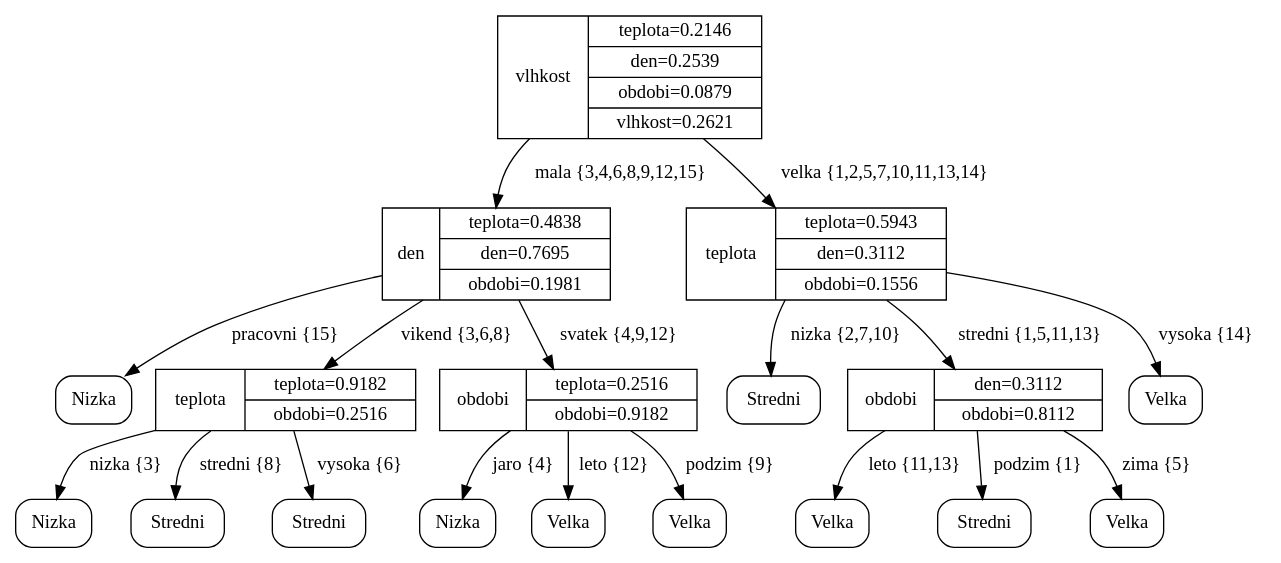
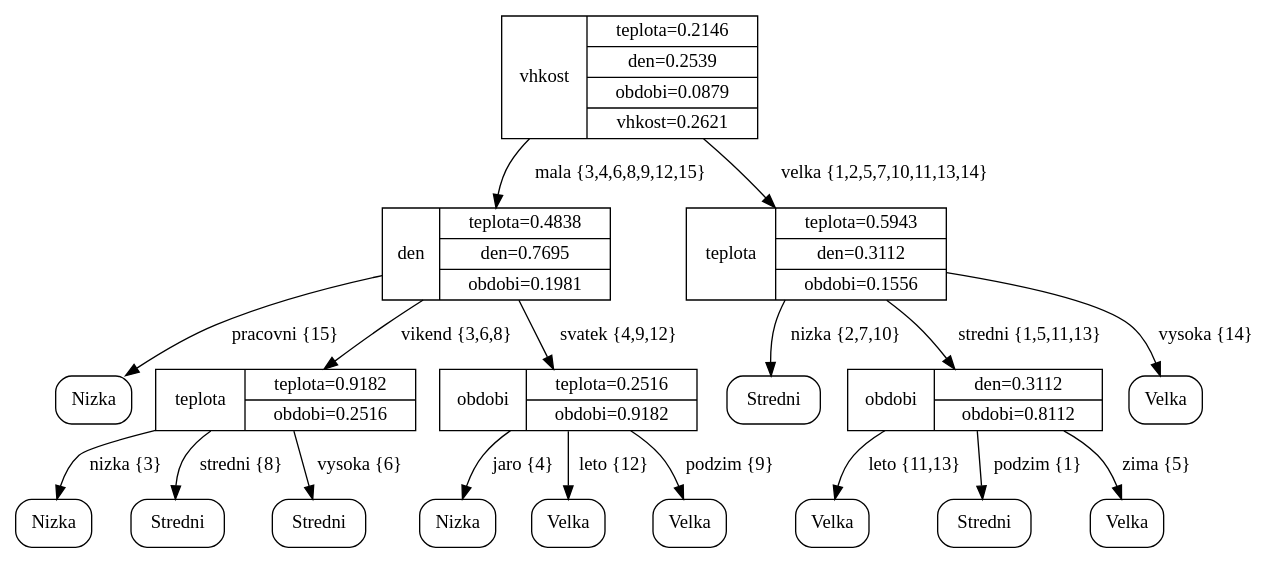
Before and after one commit to GargiMan/izu: the diagram in proj3/xgerge01.dot, drawn with Graphviz. The commit also changed 1 other file, not shown here.

```diff
--- a/proj3/xgerge01.dot
+++ b/proj3/xgerge01.dot
@@ -1,37 +1,37 @@
 digraph {
-    vlhkost1 [shape=record, label="vlhkost|{teplota=0.2146|den=0.2539|obdobi=0.0879|vlhkost=0.2621}"]
-    vlhkost1 -> den2 [label="mala {3,4,6,8,9,12,15}"]
+    vhkost1 [shape=record, label="vhkost|{teplota=0.2146|den=0.2539|obdobi=0.0879|vhkost=0.2621}"]
+    vhkost1 -> den2 [label="mala {3,4,6,8,9,12,15}"]
     den2 [shape=record, label="den|{teplota=0.4838|den=0.7695|obdobi=0.1981}"]
     den2 -> Nizka3 [label="pracovni {15}"]
     Nizka3 [shape=box, style=rounded, label="Nizka"]
     den2 -> teplota4 [label="vikend {3,6,8}"]
     teplota4 [shape=record, label="teplota|{teplota=0.9182|obdobi=0.2516}"]
     teplota4 -> Nizka5 [label="nizka {3}"]
     Nizka5 [shape=box, style=rounded, label="Nizka"]
     teplota4 -> Stredni6 [label="stredni {8}"]
     Stredni6 [shape=box, style=rounded, label="Stredni"]
     teplota4 -> Stredni7 [label="vysoka {6}"]
     Stredni7 [shape=box, style=rounded, label="Stredni"]
     den2 -> obdobi8 [label="svatek {4,9,12}"]
     obdobi8 [shape=record, label="obdobi|{teplota=0.2516|obdobi=0.9182}"]
     obdobi8 -> Nizka9 [label="jaro {4}"]
     Nizka9 [shape=box, style=rounded, label="Nizka"]
     obdobi8 -> Velka10 [label="leto {12}"]
     Velka10 [shape=box, style=rounded, label="Velka"]
     obdobi8 -> Velka11 [label="podzim {9}"]
     Velka11 [shape=box, style=rounded, label="Velka"]
-    vlhkost1 -> teplota12 [label="velka {1,2,5,7,10,11,13,14}"]
+    vhkost1 -> teplota12 [label="velka {1,2,5,7,10,11,13,14}"]
     teplota12 [shape=record, label="teplota|{teplota=0.5943|den=0.3112|obdobi=0.1556}"]
     teplota12 -> Stredni13 [label="nizka {2,7,10}"]
     Stredni13 [shape=box, style=rounded, label="Stredni"]
     teplota12 -> obdobi14 [label="stredni {1,5,11,13}"]
     obdobi14 [shape=record, label="obdobi|{den=0.3112|obdobi=0.8112}"]
     obdobi14 -> Velka15 [label="leto {11,13}"]
     Velka15 [shape=box, style=rounded, label="Velka"]
     obdobi14 -> Stredni16 [label="podzim {1}"]
     Stredni16 [shape=box, style=rounded, label="Stredni"]
     obdobi14 -> Velka17 [label="zima {5}"]
     Velka17 [shape=box, style=rounded, label="Velka"]
     teplota12 -> Velka18 [label="vysoka {14}"]
     Velka18 [shape=box, style=rounded, label="Velka"]
 }
```
